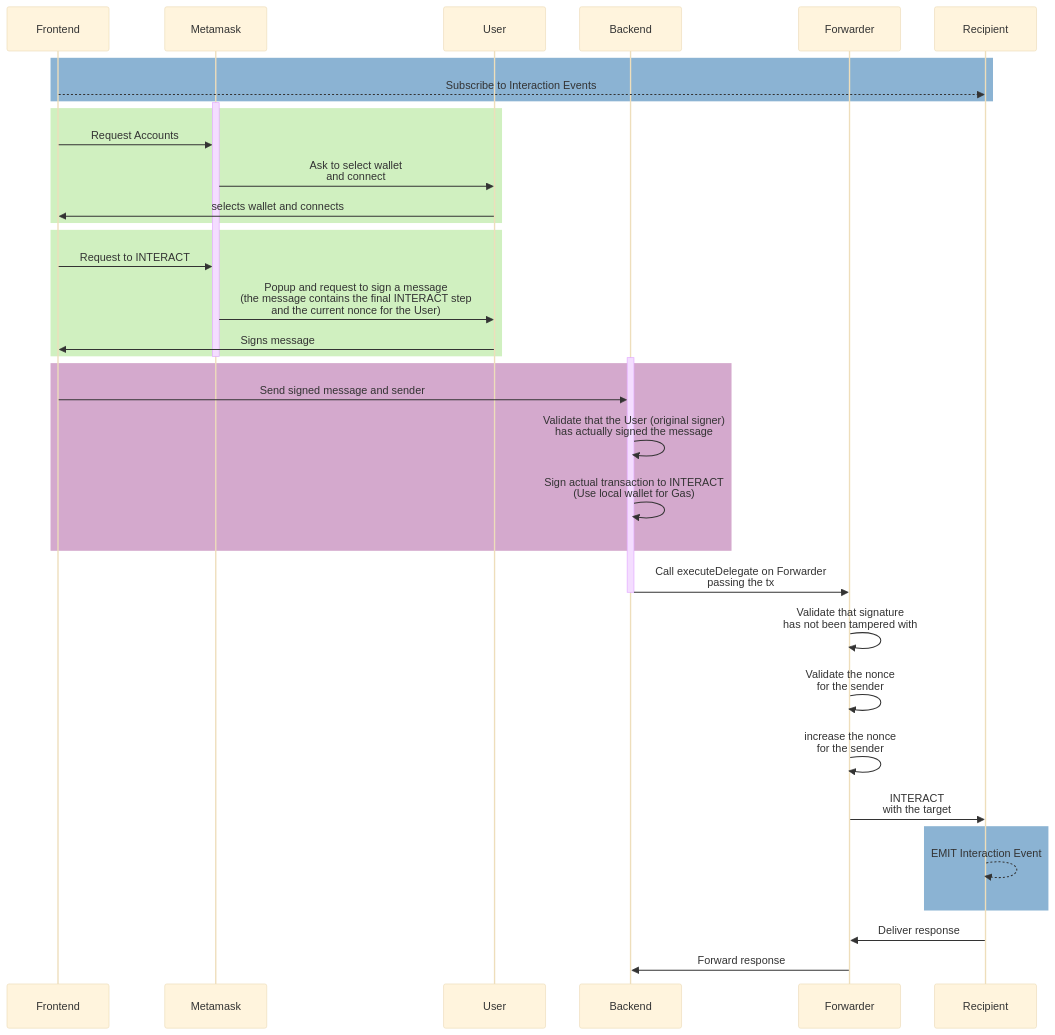
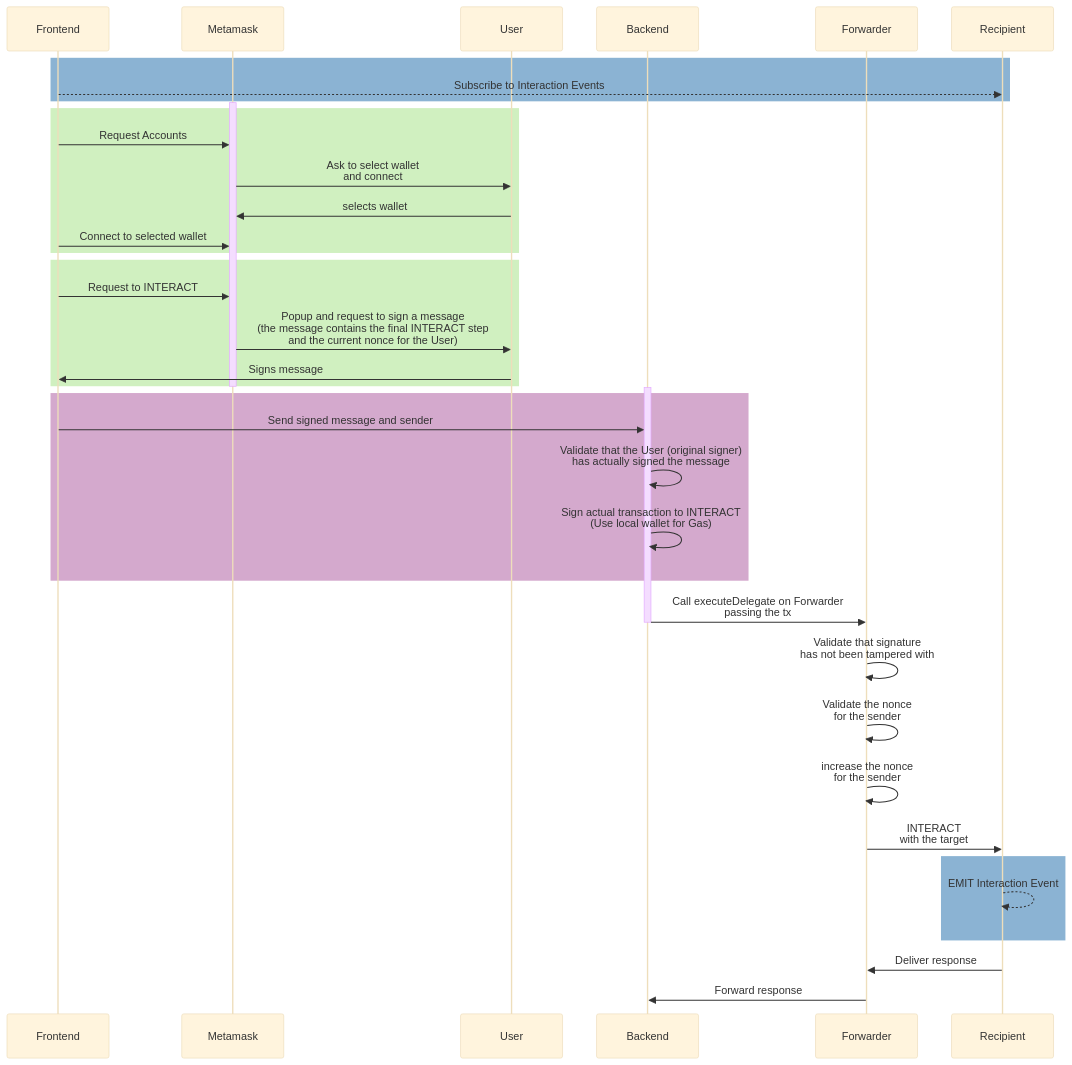
One commit to MelGGit/meta-transactions changed the diagram in docs/README.md. Above: the diagram before and after it, drawn with Mermaid (base theme).

Commit message:
minoro update to the sequence diagram

````diff
--- a/docs/README.md
+++ b/docs/README.md
@@ -10,47 +10,48 @@
 ```mermaid
   sequenceDiagram
     participant Frontend
     participant Metamask
     participant User
     participant Backend
     participant Forwarder
     participant Recipient
 
     rect rgb(111, 160, 200, 0.8)
         Frontend-->>Recipient: Subscribe to Interaction Events
     end
 
     activate Metamask
     rect rgb(208, 240, 192)
       Frontend->>Metamask: Request Accounts
       Metamask->>User: Ask to select wallet <br /> and connect
-      User->>Frontend: selects wallet and connects
+      User->>Metamask: selects wallet
+      Frontend->>Metamask: Connect to selected wallet
     end
     rect rgb(208, 240, 192)
       Frontend->>Metamask: Request to INTERACT
       Metamask->>User: Popup and request to sign a message <br /> (the message contains the final INTERACT step <br/> and the current nonce for the User)
       User->>Frontend: Signs message
     end
     deactivate Metamask
     activate Backend
 
     rect rgb(208, 160, 200, 0.9)
       Frontend->>Backend: Send signed message and sender
       Backend->>Backend: Validate that the User (original signer)<br /> has actually signed the message
       Backend->>Backend: Sign actual transaction to INTERACT <br /> (Use local wallet for Gas)
     end
     Backend->>Forwarder: Call executeDelegate on Forwarder <br /> passing the tx
     deactivate Backend
     Forwarder->>Forwarder: Validate that signature <br/> has not been tampered with 
     Forwarder->>Forwarder: Validate the nonce <br/> for the sender
     Forwarder->>Forwarder: increase the nonce <br/> for the sender  
     Forwarder->>Recipient: INTERACT <br/> with the target  
     rect rgb(111, 160, 200, 0.8)
         Recipient-->>Recipient: EMIT Interaction Event  
     end
     Recipient->>Forwarder: Deliver response  
     Forwarder->>Backend: Forward response  
 
 
 
 ```
````
